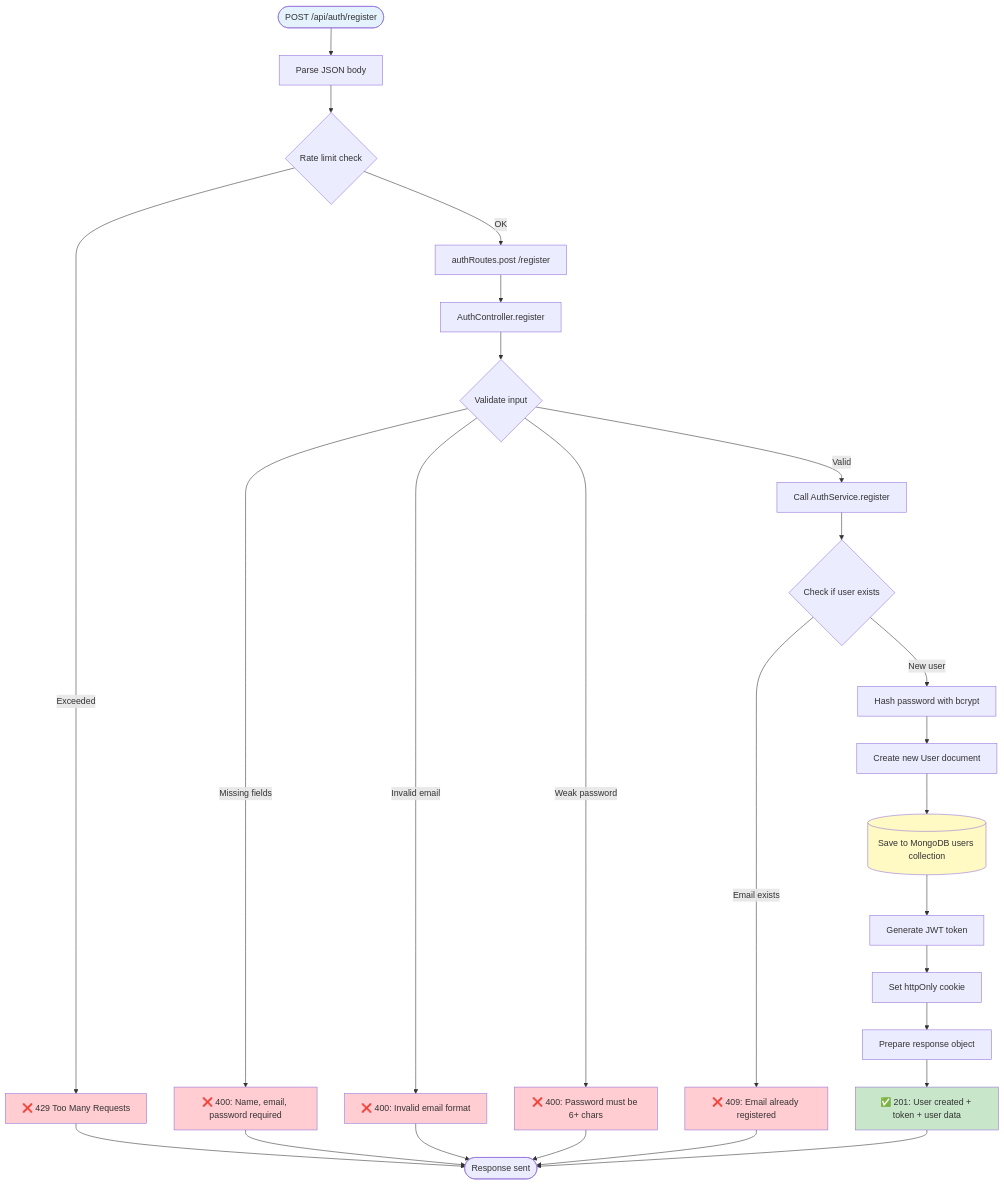
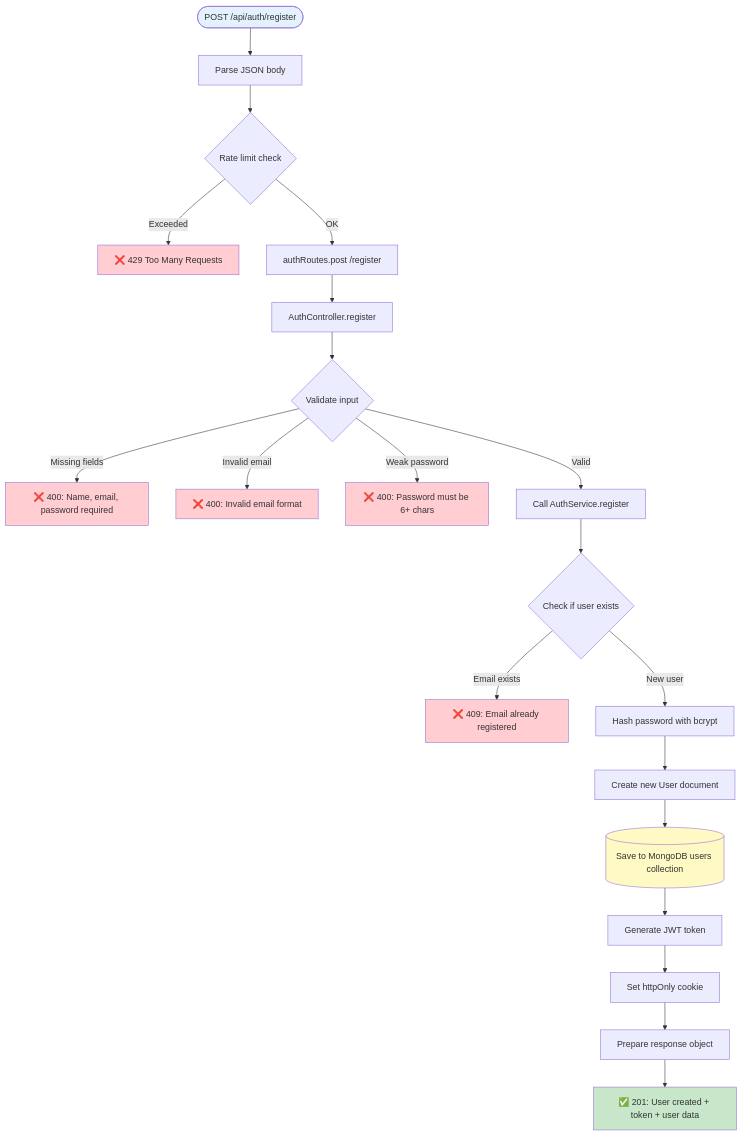
Before and after one commit to shmuelkapiloff/simple-: the first of 26 diagrams in docs/SERVER_ENDPOINTS_MAP.md, drawn with Mermaid. The commit also changed other lines of this file, not shown here.

Commit message:
fix: Remove End nodes from flowcharts to fix GitHub Mermaid rendering

````diff
--- a/docs/SERVER_ENDPOINTS_MAP.md
+++ b/docs/SERVER_ENDPOINTS_MAP.md
@@ -42,43 +42,36 @@
 ```mermaid
 flowchart TD
     Request([POST /api/auth/register]) --> Middleware1[Parse JSON body]
     Middleware1 --> RateLimit{Rate limit check}
     RateLimit -->|Exceeded| Return429[❌ 429 Too Many Requests]
     RateLimit -->|OK| RouteHandler[authRoutes.post /register]
     
     RouteHandler --> Controller[AuthController.register]
     
     Controller --> ValidateInput{Validate input}
     ValidateInput -->|Missing fields| Return400["❌ 400: Name, email, password required"]
     ValidateInput -->|Invalid email| Return400Email["❌ 400: Invalid email format"]
     ValidateInput -->|Weak password| Return400Pass["❌ 400: Password must be 6+ chars"]
     ValidateInput -->|Valid| CallService[Call AuthService.register]
     
     CallService --> CheckExists{Check if user exists}
     CheckExists -->|Email exists| Return409["❌ 409: Email already registered"]
     CheckExists -->|New user| HashPassword[Hash password with bcrypt]
     
     HashPassword --> CreateUser[Create new User document]
     CreateUser --> SaveMongo[(Save to MongoDB users collection)]
     SaveMongo --> GenerateJWT[Generate JWT token]
     
     GenerateJWT --> SetCookie[Set httpOnly cookie]
     SetCookie --> PrepareResponse[Prepare response object]
     PrepareResponse --> Return201["✅ 201: User created + token + user data"]
     
-    Return429 --> End([Response sent])
-    Return400 --> End
-    Return400Email --> End
-    Return400Pass --> End
-    Return409 --> End
-    Return201 --> End
-    
     style Request fill:#e3f2fd
     style Return201 fill:#c8e6c9
     style Return429 fill:#ffcdd2
     style Return400 fill:#ffcdd2
     style Return400Email fill:#ffcdd2
     style Return400Pass fill:#ffcdd2
     style Return409 fill:#ffcdd2
     style SaveMongo fill:#fff9c4
 ```
````
